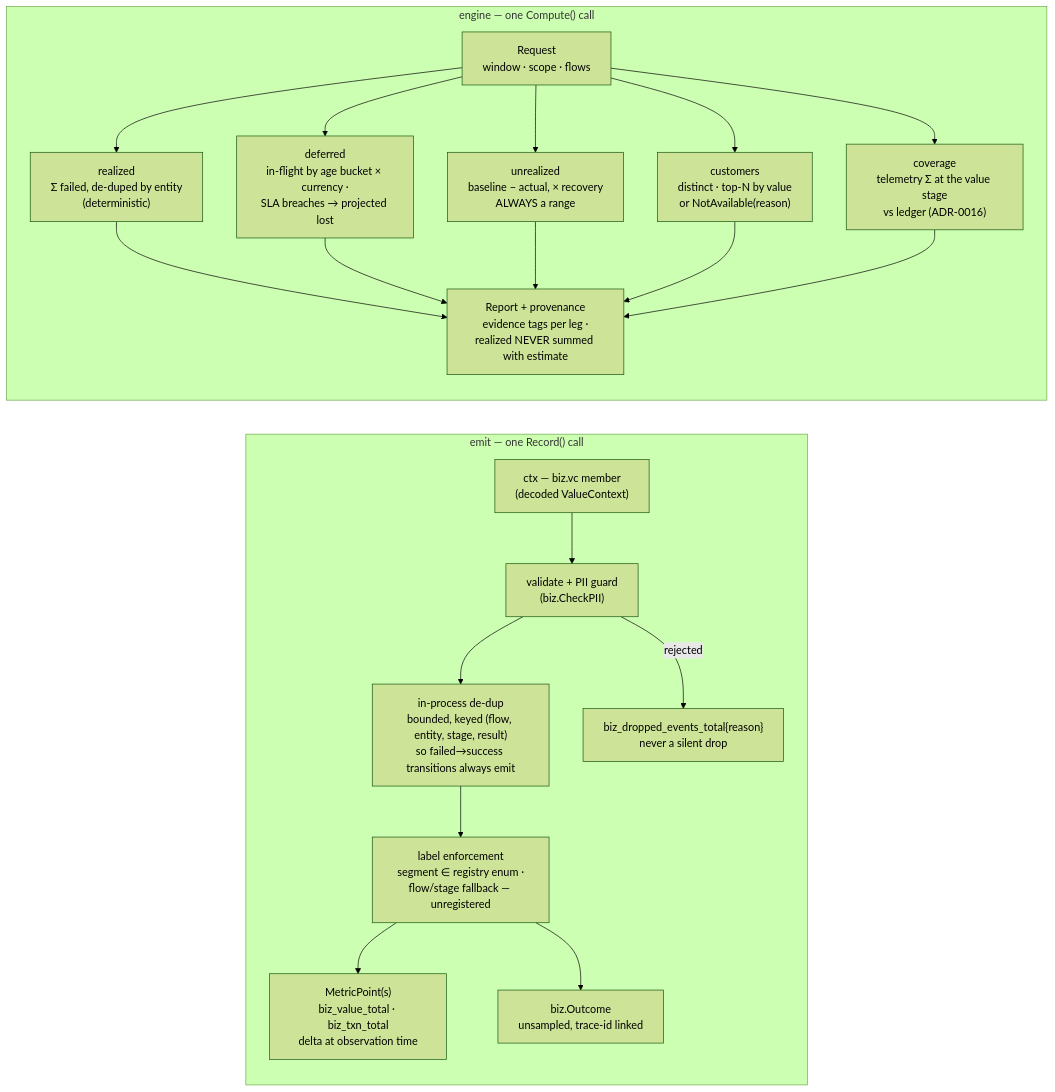
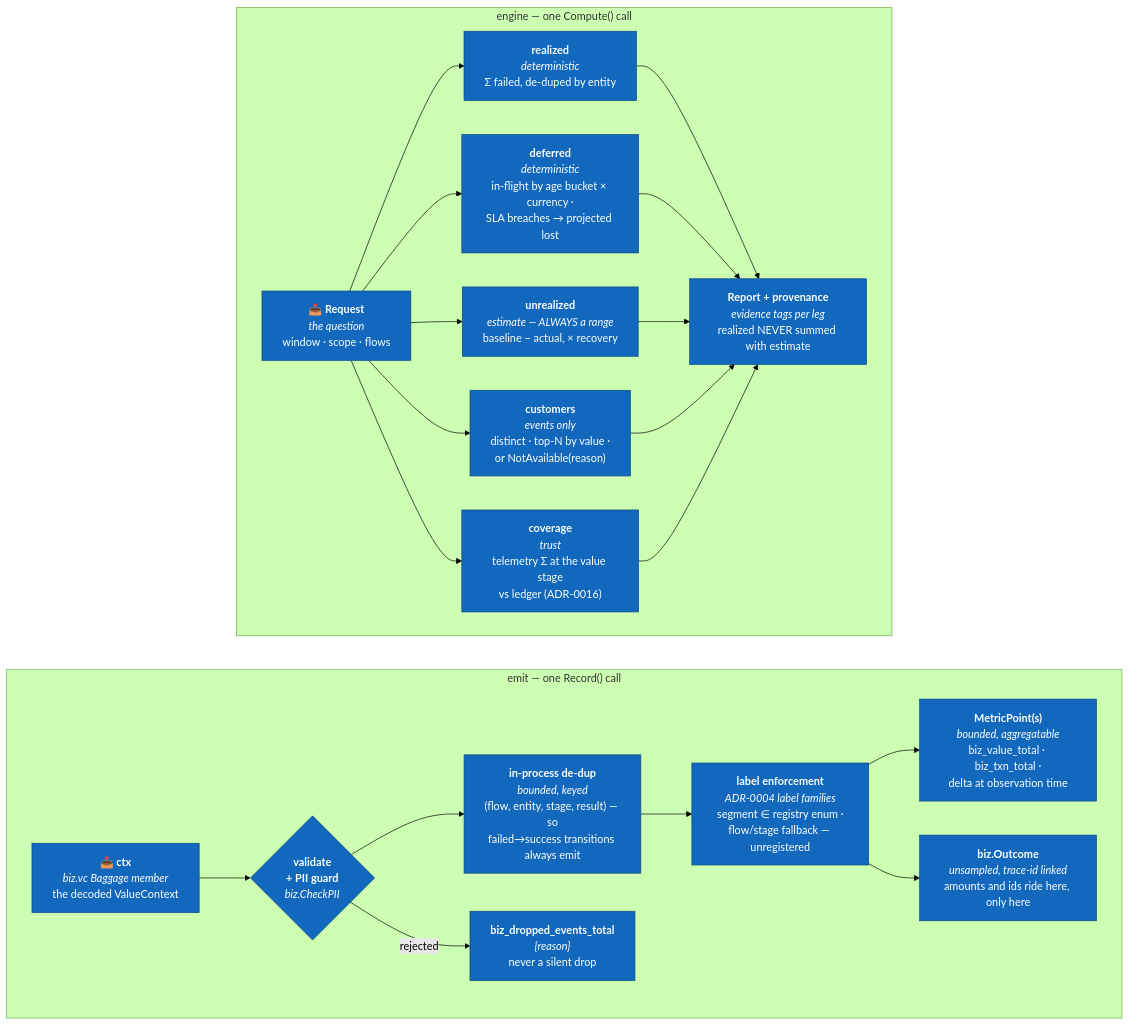
Before and after one commit to NightWatchEng/shortfall: the diagram in docs/architecture/c4-l3-components.md, drawn with Mermaid (forest theme). The commit also changed other lines of this file and 4 other files, not shown here.

First line of the commit message:
docs: diagram stencil + the C4 set redrawn to it (workspace-7d2)

````diff
--- a/docs/architecture/c4-l3-components.md
+++ b/docs/architecture/c4-l3-components.md
@@ -9,27 +15,33 @@
 ```mermaid
 flowchart LR
     subgraph capture["emit — one Record() call"]
-        CTX["ctx — biz.vc member<br/>(decoded ValueContext)"]
-        VAL["validate + PII guard<br/>(biz.CheckPII)"]
-        DEDUP["in-process de-dup<br/>bounded, keyed (flow, entity, stage, result)<br/>so failed→success transitions always emit"]
-        LABELS["label enforcement<br/>segment ∈ registry enum ·<br/>flow/stage fallback — unregistered"]
-        MP["MetricPoint(s)<br/>biz_value_total · biz_txn_total<br/>delta at observation time"]
-        OUT["biz.Outcome<br/>unsampled, trace-id linked"]
-        DROP["biz_dropped_events_total{reason}<br/>never a silent drop"]
+        direction LR
+        CTX["📥 <b>ctx</b><br/><i>biz.vc Baggage member</i><br/>the decoded ValueContext"]
+        VAL{"<b>validate<br/>+ PII guard</b><br/><i>biz.CheckPII</i>"}
+        DEDUP["<b>in-process de-dup</b><br/><i>bounded, keyed</i><br/>(flow, entity, stage, result) — so<br/>failed→success transitions always emit"]
+        LABELS["<b>label enforcement</b><br/><i>ADR-0004 label families</i><br/>segment ∈ registry enum ·<br/>flow/stage fallback — unregistered"]
+        MP["<b>MetricPoint(s)</b><br/><i>bounded, aggregatable</i><br/>biz_value_total · biz_txn_total ·<br/>delta at observation time"]
+        OUT["<b>biz.Outcome</b><br/><i>unsampled, trace-id linked</i><br/>amounts and ids ride here, only here"]
+        DROP["<b>biz_dropped_events_total</b><br/><i>{reason}</i><br/>never a silent drop"]
+        CTX --> VAL --> DEDUP --> LABELS
+        LABELS --> MP
+        LABELS --> OUT
+        VAL -->|"rejected"| DROP
     end
-    CTX --> VAL --> DEDUP --> LABELS
-    LABELS --> MP
-    LABELS --> OUT
-    VAL -->|"rejected"| DROP
 
     subgraph engine["engine — one Compute() call"]
-        REQ["Request<br/>window · scope · flows"]
-        REAL["realized<br/>Σ failed, de-duped by entity<br/>(deterministic)"]
-        DEF["deferred<br/>in-flight by age bucket × currency ·<br/>SLA breaches → projected lost"]
-        UNREAL["unrealized<br/>baseline − actual, × recovery<br/>ALWAYS a range"]
-        CUST["customers<br/>distinct · top-N by value<br/>or NotAvailable(reason)"]
-        COV["coverage<br/>telemetry Σ at the value stage<br/>vs ledger (ADR-0016)"]
-        REP["Report + provenance<br/>evidence tags per leg ·<br/>realized NEVER summed with estimate"]
+        direction LR
+        REQ["📥 <b>Request</b><br/><i>the question</i><br/>window · scope · flows"]
+        REAL["<b>realized</b><br/><i>deterministic</i><br/>Σ failed, de-duped by entity"]
+        DEF["<b>deferred</b><br/><i>deterministic</i><br/>in-flight by age bucket × currency ·<br/>SLA breaches → projected lost"]
+        UNREAL["<b>unrealized</b><br/><i>estimate — ALWAYS a range</i><br/>baseline − actual, × recovery"]
+        CUST["<b>customers</b><br/><i>events only</i><br/>distinct · top-N by value ·<br/>or NotAvailable(reason)"]
+        COV["<b>coverage</b><br/><i>trust</i><br/>telemetry Σ at the value stage<br/>vs ledger (ADR-0016)"]
+        REP["<b>Report + provenance</b><br/><i>evidence tags per leg</i><br/>realized NEVER summed with estimate"]
+        REQ --> REAL & DEF & UNREAL & CUST & COV --> REP
     end
-    REQ --> REAL & DEF & UNREAL & CUST & COV --> REP
+
+    classDef core fill:#1168bd,stroke:#0b4884,color:#fff;
+    class CTX,VAL,DEDUP,LABELS,MP,OUT,DROP core;
+    class REQ,REAL,DEF,UNREAL,CUST,COV,REP core;
 ```
````
